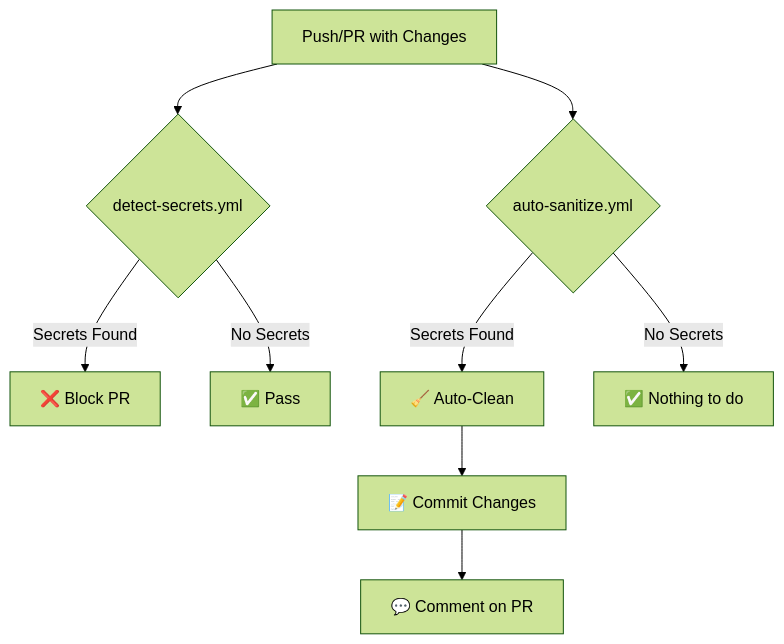
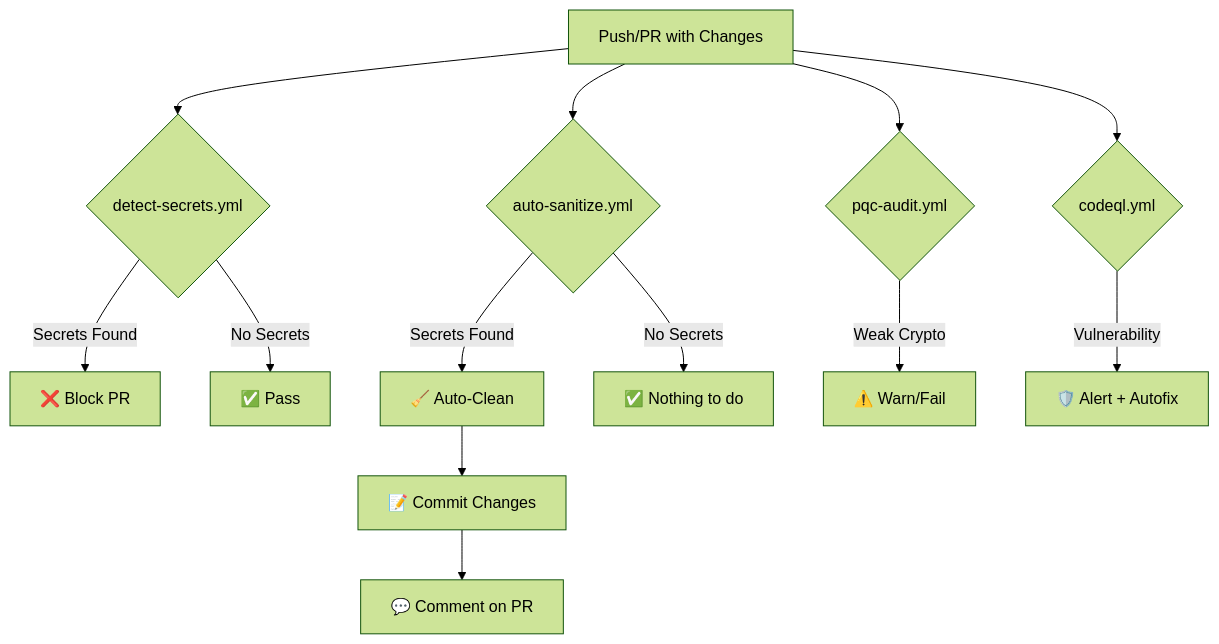
Before and after one commit to nbiish/ggufy: the diagram in .github/workflows/README.md, drawn with Mermaid (forest theme). The commit also changed other lines of this file and 13 other files, not shown here.

Commit message:
feat: enhance PQC audit with improved checks and permissions, remove automatic secret sanitization workflows, and update workflow documentation.

````diff
--- a/.github/workflows/README.md
+++ b/.github/workflows/README.md
@@ -52,12 +102,18 @@
 ```mermaid
 graph TD
     A[Push/PR with Changes] --> B{detect-secrets.yml}
     B -->|Secrets Found| C[❌ Block PR]
     B -->|No Secrets| D[✅ Pass]
     
     A --> E{auto-sanitize.yml}
     E -->|Secrets Found| F[🧹 Auto-Clean]
     F --> G[📝 Commit Changes]
     G --> H[💬 Comment on PR]
     E -->|No Secrets| I[✅ Nothing to do]
+
+    A --> J{pqc-audit.yml}
+    J -->|Weak Crypto| K[⚠️ Warn/Fail]
+    
+    A --> L{codeql.yml}
+    L -->|Vulnerability| M[🛡️ Alert + Autofix]
 ```
````
